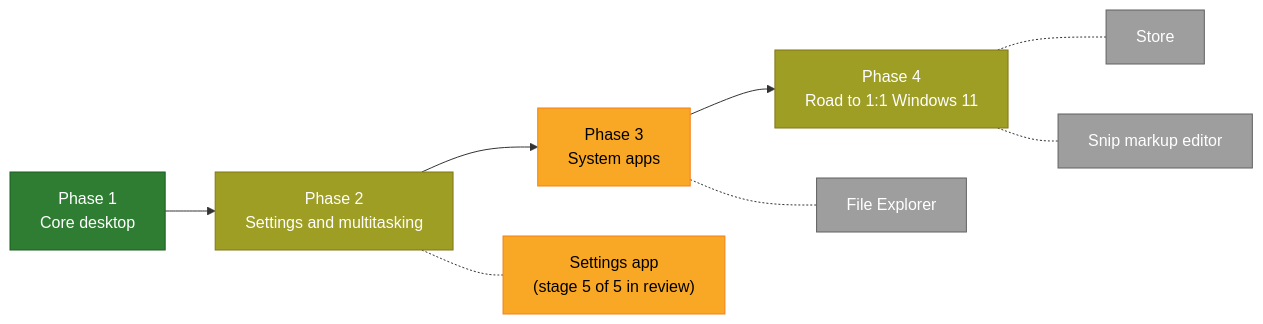
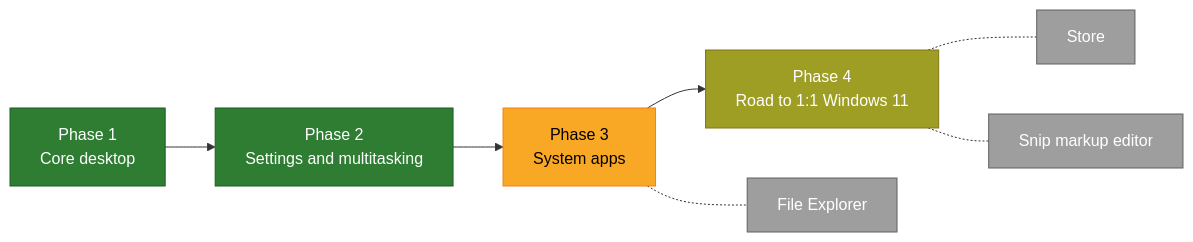
Before and after one commit to znraznra/lapin-ux: the first of 2 diagrams in README.md, drawn with Mermaid. The commit also changed other lines of this file and 1 other file, not shown here.

First line of the commit message:
README: Settings app finished (stage 5 approved); Phase 2 complete

````diff
--- a/README.md
+++ b/README.md
@@ -72,12 +72,11 @@
 ```mermaid
 flowchart LR
-    P1["Phase 1<br/>Core desktop"]:::done --> P2["Phase 2<br/>Settings and multitasking"]:::mostly --> P3["Phase 3<br/>System apps"]:::partly --> P4["Phase 4<br/>Road to 1:1 Windows 11"]:::mostly
-    P2 -.- S["Settings app<br/>(stage 5 of 5 in review)"]:::partly
+    P1["Phase 1<br/>Core desktop"]:::done --> P2["Phase 2<br/>Settings and multitasking"]:::done --> P3["Phase 3<br/>System apps"]:::partly --> P4["Phase 4<br/>Road to 1:1 Windows 11"]:::mostly
     P3 -.- FE["File Explorer"]:::todo
     P4 -.- ST["Store"]:::todo
     P4 -.- MK["Snip markup editor"]:::todo
     classDef done fill:#2e7d32,color:#fff,stroke:#1b5e20
     classDef mostly fill:#9e9d24,color:#fff,stroke:#827717
     classDef partly fill:#f9a825,color:#000,stroke:#f57f17
     classDef todo fill:#9e9e9e,color:#fff,stroke:#616161
 ```
````
